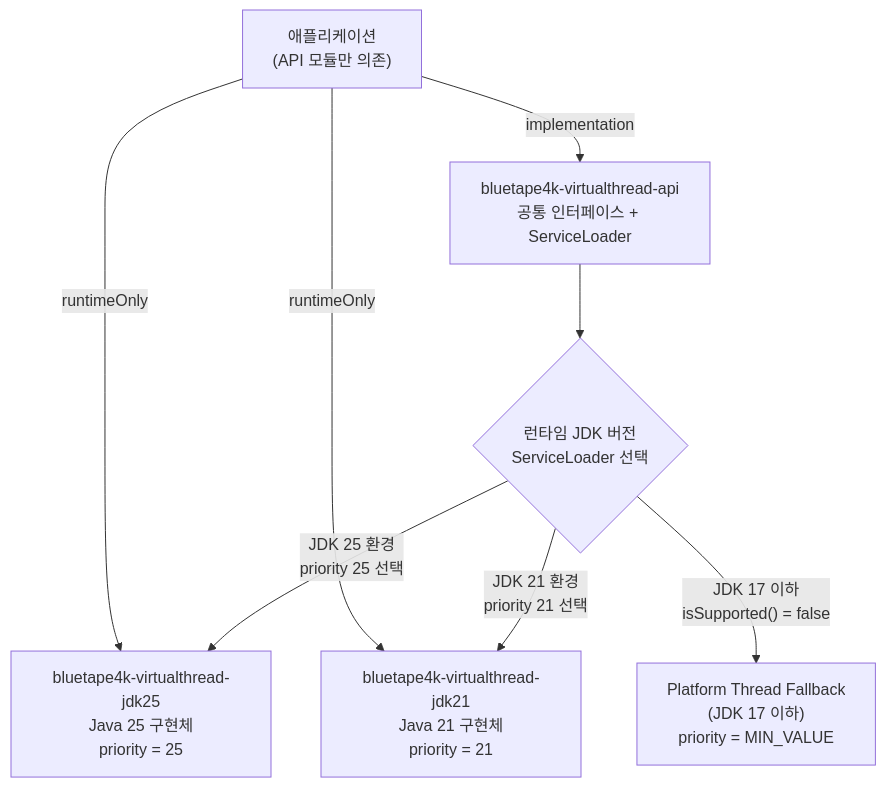
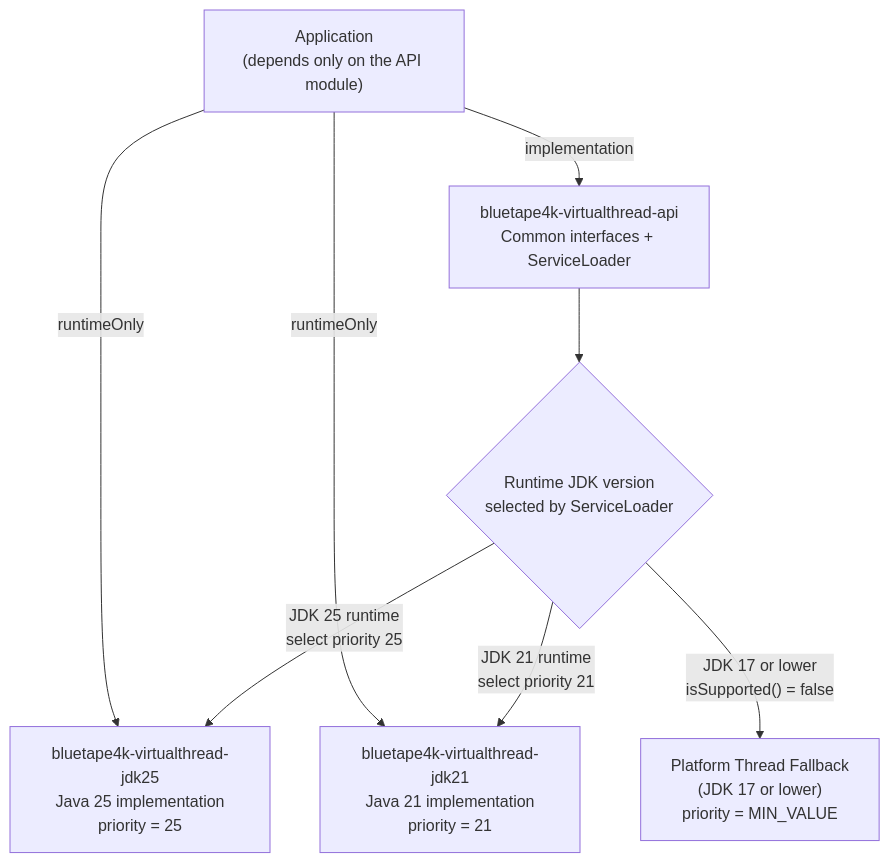
The diagram in virtualthread/README.md (bluetape4k/bluetape4k-projects), drawn with Mermaid before and after one commit. The commit also changed other lines of this file and 265 other files, not shown here.

````diff
--- a/virtualthread/README.md
+++ b/virtualthread/README.md
@@ -26,21 +28,21 @@
 ```mermaid
 flowchart TD
-    APP["애플리케이션<br/>(API 모듈만 의존)"]
+    APP["Application<br/>(depends only on the API module)"]
 
-    API["bluetape4k-virtualthread-api<br/>공통 인터페이스 + ServiceLoader"]
+    API["bluetape4k-virtualthread-api<br/>Common interfaces + ServiceLoader"]
 
-    JDK21["bluetape4k-virtualthread-jdk21<br/>Java 21 구현체<br/>priority = 21"]
-    JDK25["bluetape4k-virtualthread-jdk25<br/>Java 25 구현체<br/>priority = 25"]
-    FALLBACK["Platform Thread Fallback<br/>(JDK 17 이하)<br/>priority = MIN_VALUE"]
+    JDK21["bluetape4k-virtualthread-jdk21<br/>Java 21 implementation<br/>priority = 21"]
+    JDK25["bluetape4k-virtualthread-jdk25<br/>Java 25 implementation<br/>priority = 25"]
+    FALLBACK["Platform Thread Fallback<br/>(JDK 17 or lower)<br/>priority = MIN_VALUE"]
 
-    RUNTIME{"런타임 JDK 버전<br/>ServiceLoader 선택"}
+    RUNTIME{"Runtime JDK version<br/>selected by ServiceLoader"}
 
     APP -->|"implementation"| API
     APP -->|"runtimeOnly"| JDK21
     APP -->|"runtimeOnly"| JDK25
 
     API --> RUNTIME
-    RUNTIME -->|"JDK 25 환경<br/>priority 25 선택"| JDK25
-    RUNTIME -->|"JDK 21 환경<br/>priority 21 선택"| JDK21
-    RUNTIME -->|"JDK 17 이하<br/>isSupported() = false"| FALLBACK
+    RUNTIME -->|"JDK 25 runtime<br/>select priority 25"| JDK25
+    RUNTIME -->|"JDK 21 runtime<br/>select priority 21"| JDK21
+    RUNTIME -->|"JDK 17 or lower<br/>isSupported() = false"| FALLBACK
 ```
````
